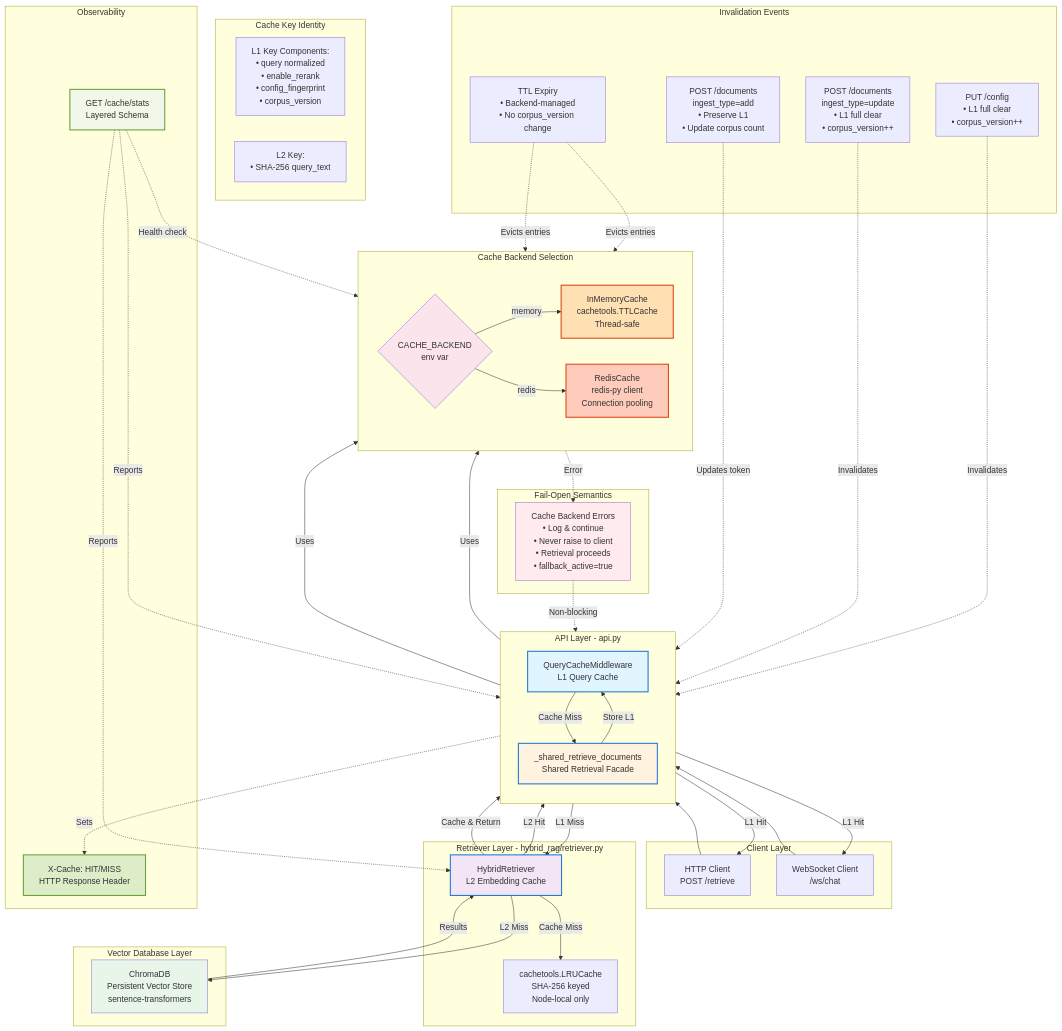
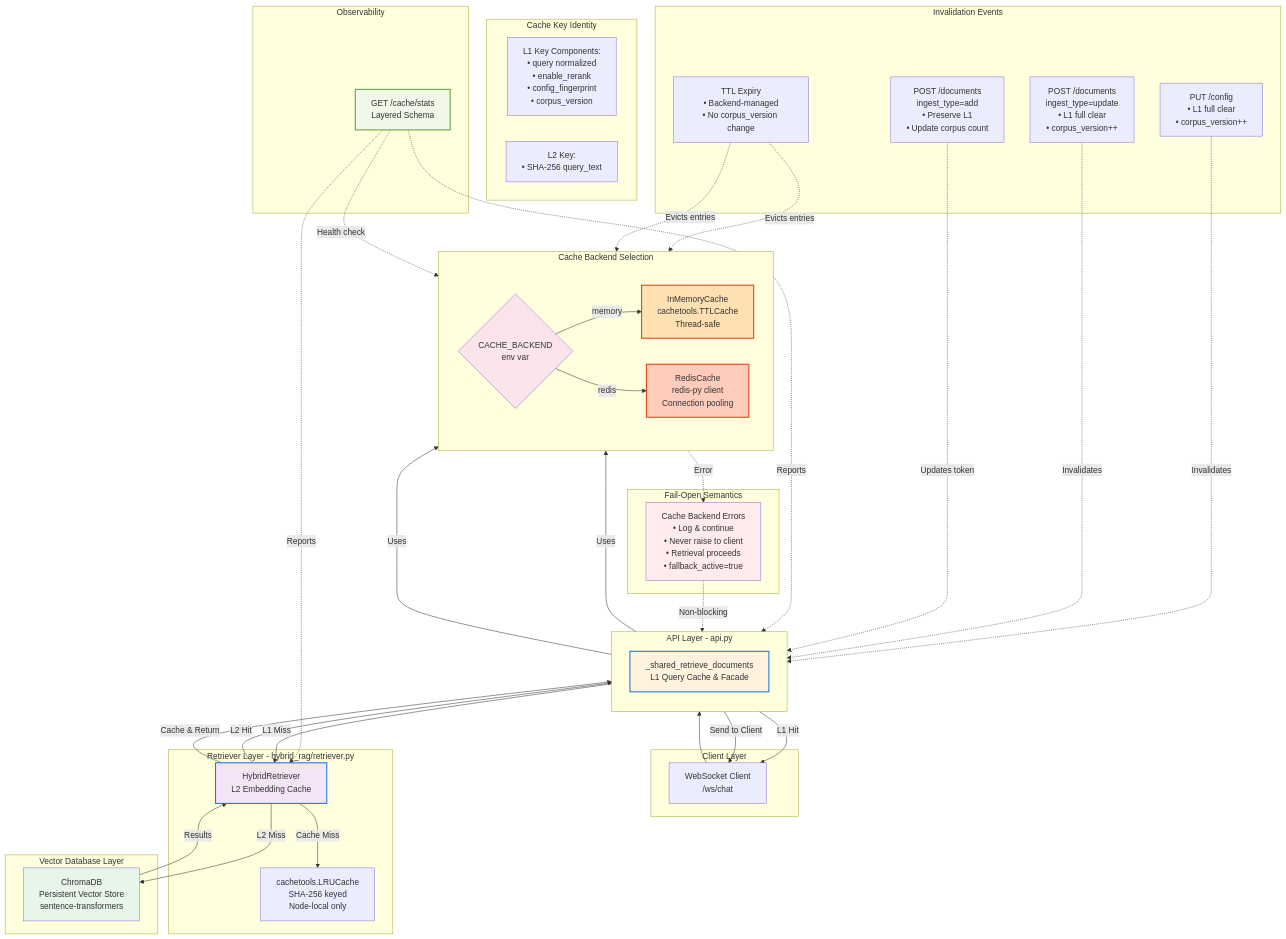
One commit to aritra-ghosh-sage/python-hol changed the diagram in docs/diagrams/CACHING_FLOW.md. Above: the diagram before and after it, drawn with Mermaid. The commit also changed other lines of this file and 7 other files, not shown here.

First line of the commit message:
Update documentation to reflect WebSocket-only retrieval and L1 cache refactoring

````diff
--- a/docs/diagrams/CACHING_FLOW.md
+++ b/docs/diagrams/CACHING_FLOW.md
@@ -16,16 +16,13 @@
 ```mermaid
 graph TB
     subgraph "Client Layer"
-        HTTP[HTTP Client<br/>POST /retrieve]
         WS[WebSocket Client<br/>/ws/chat]
     end
 
     subgraph "API Layer - api.py"
         direction TB
-        MW[QueryCacheMiddleware<br/>L1 Query Cache]
-        SHARED[_shared_retrieve_documents<br/>Shared Retrieval Facade]
+        SHARED[_shared_retrieve_documents<br/>L1 Query Cache & Facade]
 
-        MW -->|Cache Miss| SHARED
         WS --> SHARED
     end
 
@@ -55,17 +52,15 @@
         KEY2[L2 Key:<br/>• SHA-256 query_text]
     end
 
-    HTTP --> MW
-    MW -->|Uses| INMEM
-    MW -->|Uses| REDIS
-    SHARED -->|L1 Hit| HTTP
+    SHARED -->|Uses| INMEM
+    SHARED -->|Uses| REDIS
     SHARED -->|L1 Hit| WS
     SHARED -->|L1 Miss| RET
     RET -->|L2 Hit| SHARED
     RET -->|L2 Miss| CHROMA
     CHROMA -->|Results| RET
     RET -->|Cache & Return| SHARED
-    SHARED -->|Store L1| MW
+    SHARED -->|Send to Client| WS
 
     subgraph "Invalidation Events"
         INV1[PUT /config<br/>• L1 full clear<br/>• corpus_version++]
@@ -74,20 +69,17 @@
         INV4[TTL Expiry<br/>• Backend-managed<br/>• No corpus_version change]
     end
 
-    INV1 -.->|Invalidates| MW
-    INV2 -.->|Invalidates| MW
+    INV1 -.->|Invalidates| SHARED
+    INV2 -.->|Invalidates| SHARED
     INV3 -.->|Updates token| SHARED
     INV4 -.->|Evicts entries| INMEM
     INV4 -.->|Evicts entries| REDIS
 
     subgraph "Observability"
         STATS[GET /cache/stats<br/>Layered Schema]
-        STATS -.->|Reports| MW
+        STATS -.->|Reports| SHARED
         STATS -.->|Reports| RET
         STATS -.->|Health check| REDIS
-
-        HEADER[X-Cache: HIT/MISS<br/>HTTP Response Header]
-        MW -.->|Sets| HEADER
     end
 
     subgraph "Fail-Open Semantics"
@@ -96,7 +88,6 @@
         FO -.->|Non-blocking| SHARED
     end
 
-    style MW fill:#e1f5ff
     style SHARED fill:#fff3e0
     style RET fill:#f3e5f5
     style CHROMA fill:#e8f5e9
@@ -110,7 +101,7 @@
     classDef backend fill:#ffccbc,stroke:#d84315,stroke-width:2px
     classDef observability fill:#dcedc8,stroke:#689f38,stroke-width:2px
 
-    class MW,SHARED,RET cacheLayer
+    class SHARED,RET cacheLayer
     class INMEM,REDIS backend
-    class STATS,HEADER observability
+    class STATS observability
 ```
````
